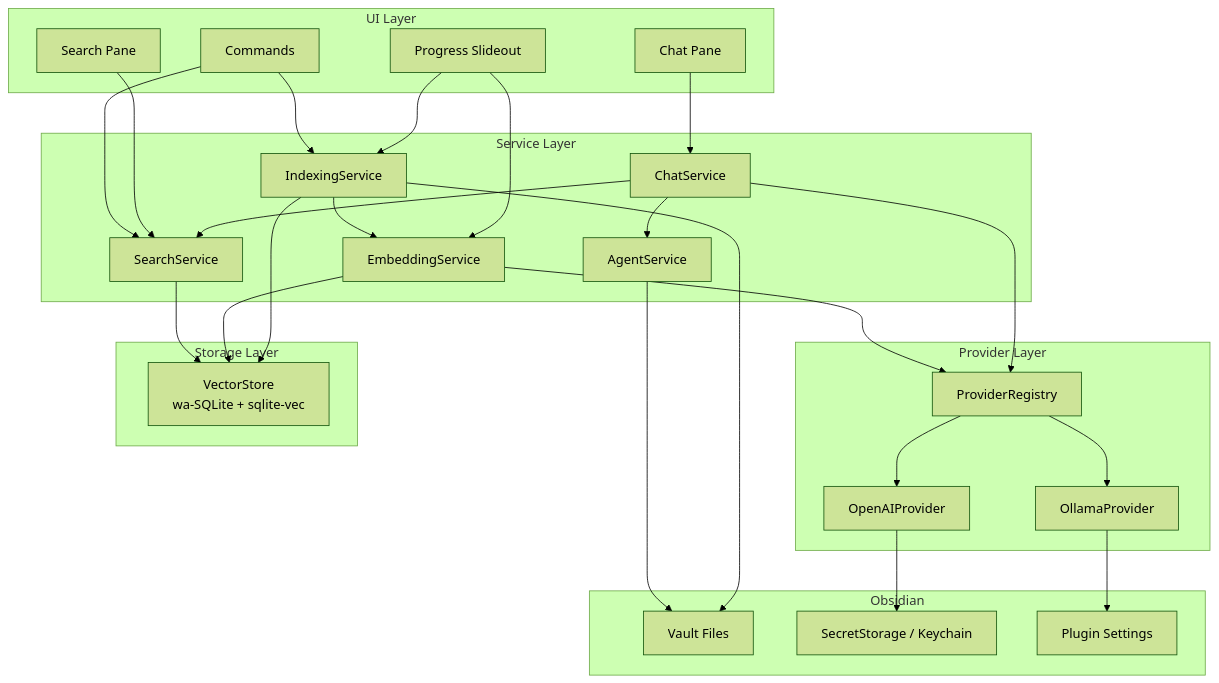
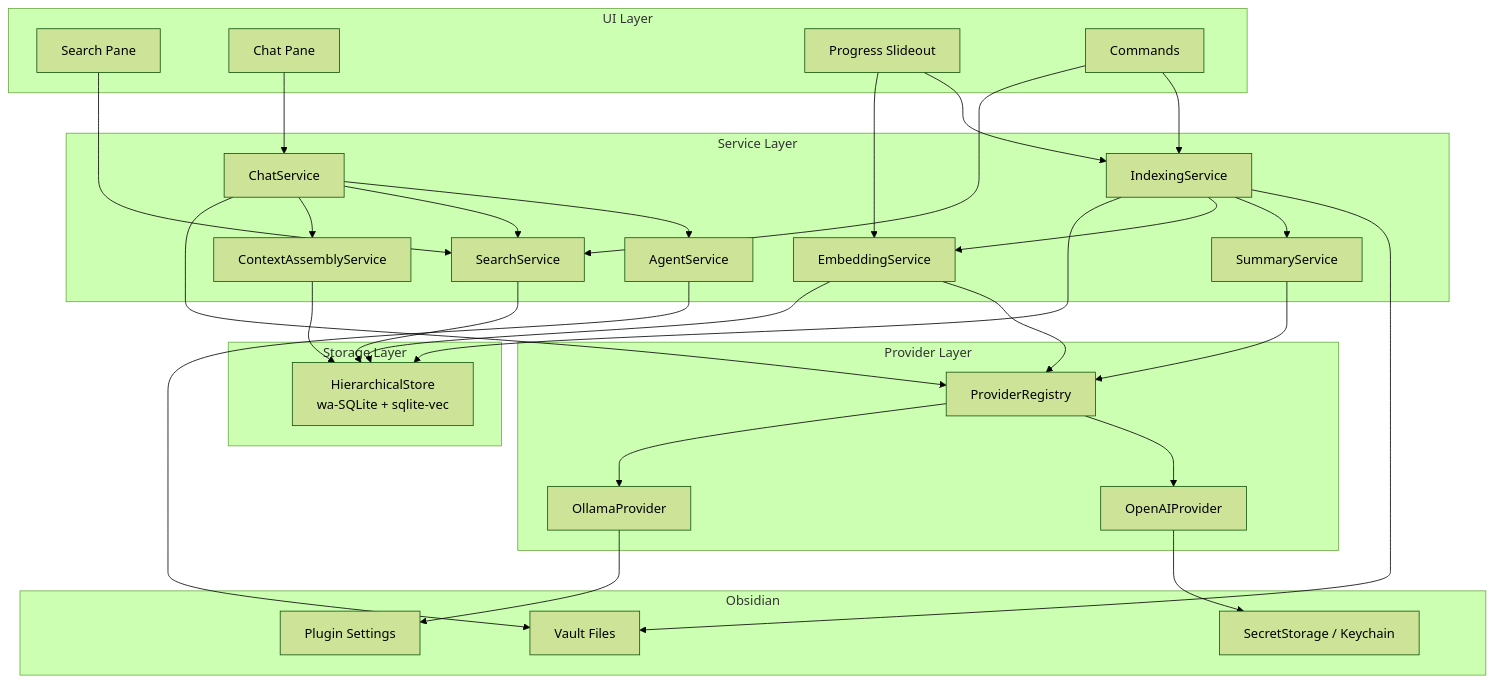
One commit to PhilipTeitel/Obisidian-AI changed the first of 3 diagrams in README.md. Above: the diagram before and after it, drawn with Mermaid (forest theme). The commit also changed other lines of this file and 1 other file, not shown here.

Commit message:
Heirachical indexing requirements and design

````diff
--- a/README.md
+++ b/README.md
@@ -42,54 +47,60 @@
 ```mermaid
 graph TD
     subgraph Obsidian
         Vault[Vault Files]
         SecretStore[SecretStorage / Keychain]
         PluginSettings[Plugin Settings]
     end
 
     subgraph UI Layer
         SearchView[Search Pane]
         ChatView[Chat Pane]
         ProgressSlideout[Progress Slideout]
         Commands[Commands]
     end
 
     subgraph Service Layer
         IndexingSvc[IndexingService]
+        SummarySvc[SummaryService]
         EmbeddingSvc[EmbeddingService]
         SearchSvc[SearchService]
         ChatSvc[ChatService]
         AgentSvc[AgentService]
+        ContextAssembler[ContextAssemblyService]
     end
 
     subgraph Provider Layer
         ProviderRegistry[ProviderRegistry]
         OpenAI[OpenAIProvider]
         Ollama[OllamaProvider]
     end
 
     subgraph Storage Layer
-        VectorStore[VectorStore\nwa-SQLite + sqlite-vec]
+        HierarchicalStore[HierarchicalStore\nwa-SQLite + sqlite-vec]
     end
 
     Commands --> IndexingSvc
     Commands --> SearchSvc
     SearchView --> SearchSvc
     ChatView --> ChatSvc
     ChatSvc --> AgentSvc
     ChatSvc --> SearchSvc
+    ChatSvc --> ContextAssembler
     AgentSvc --> Vault
     IndexingSvc --> Vault
+    IndexingSvc --> SummarySvc
     IndexingSvc --> EmbeddingSvc
+    SummarySvc --> ProviderRegistry
     EmbeddingSvc --> ProviderRegistry
     ChatSvc --> ProviderRegistry
     ProviderRegistry --> OpenAI
     ProviderRegistry --> Ollama
     OpenAI --> SecretStore
     Ollama --> PluginSettings
-    SearchSvc --> VectorStore
-    EmbeddingSvc --> VectorStore
-    IndexingSvc --> VectorStore
+    SearchSvc --> HierarchicalStore
+    EmbeddingSvc --> HierarchicalStore
+    IndexingSvc --> HierarchicalStore
+    ContextAssembler --> HierarchicalStore
     ProgressSlideout --> IndexingSvc
     ProgressSlideout --> EmbeddingSvc
 ```
````
